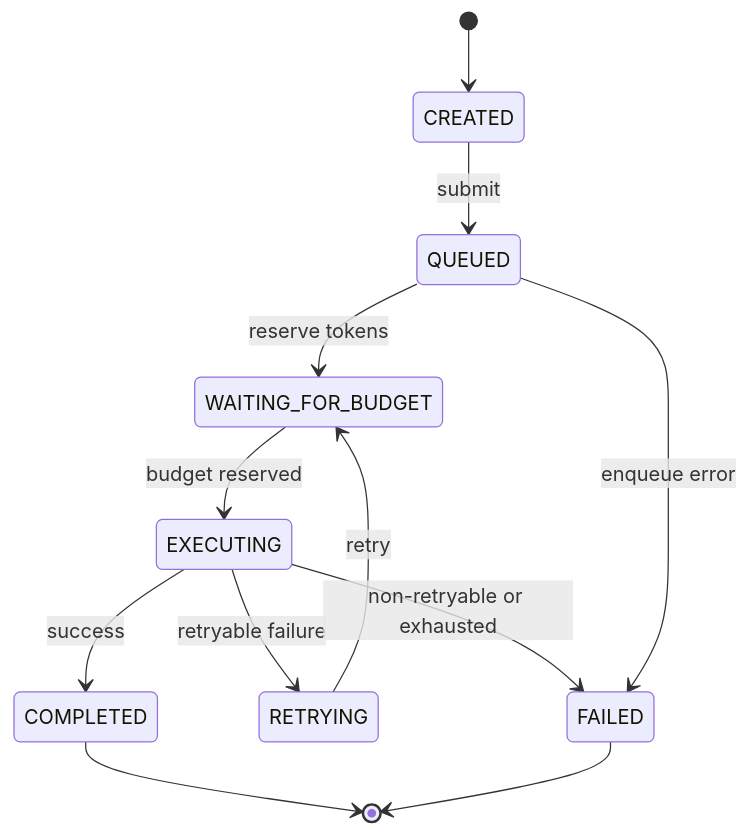
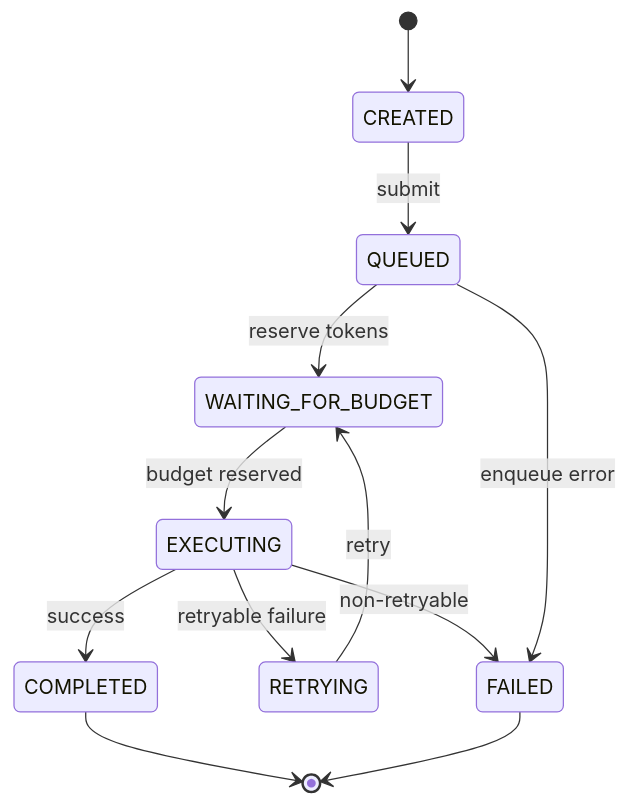
The eighth of 16 diagrams in README.md (samm329-ui/Trimora_v2), drawn with Mermaid before and after one commit. The commit also changed other lines of this file, not shown here.

Commit message:
docs: update README with Deterministic Story Composer documentation and Mermaid diagrams

````diff
--- a/README.md
+++ b/README.md
@@ -578,14 +500,14 @@
 ```mermaid
 stateDiagram-v2
     [*] --> CREATED
     CREATED --> QUEUED : submit
     QUEUED --> WAITING_FOR_BUDGET : reserve tokens
     WAITING_FOR_BUDGET --> EXECUTING : budget reserved
     EXECUTING --> COMPLETED : success
     EXECUTING --> RETRYING : retryable failure
     RETRYING --> WAITING_FOR_BUDGET : retry
-    EXECUTING --> FAILED : non-retryable or exhausted
+    EXECUTING --> FAILED : non-retryable
     QUEUED --> FAILED : enqueue error
     COMPLETED --> [*]
     FAILED --> [*]
 ```
````
